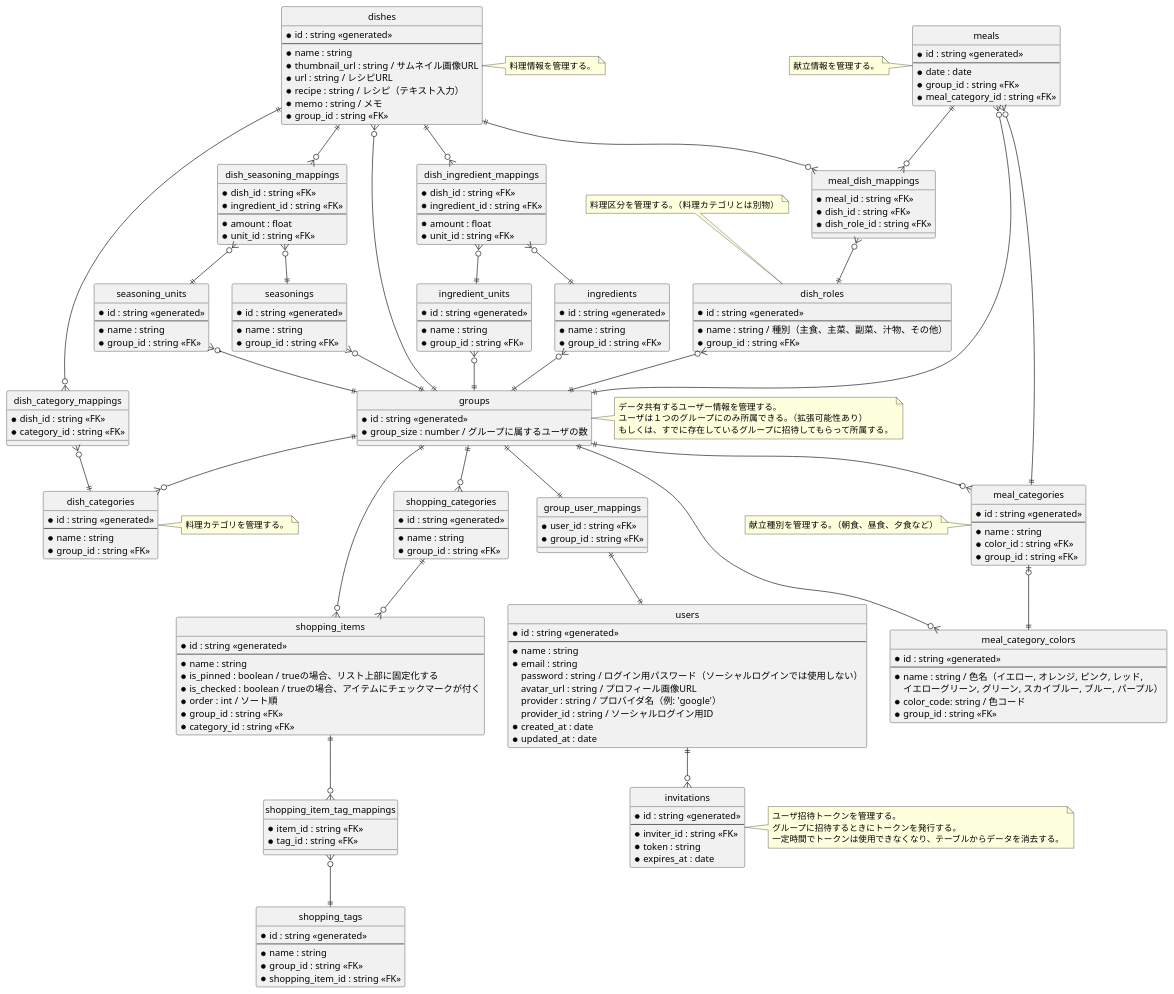
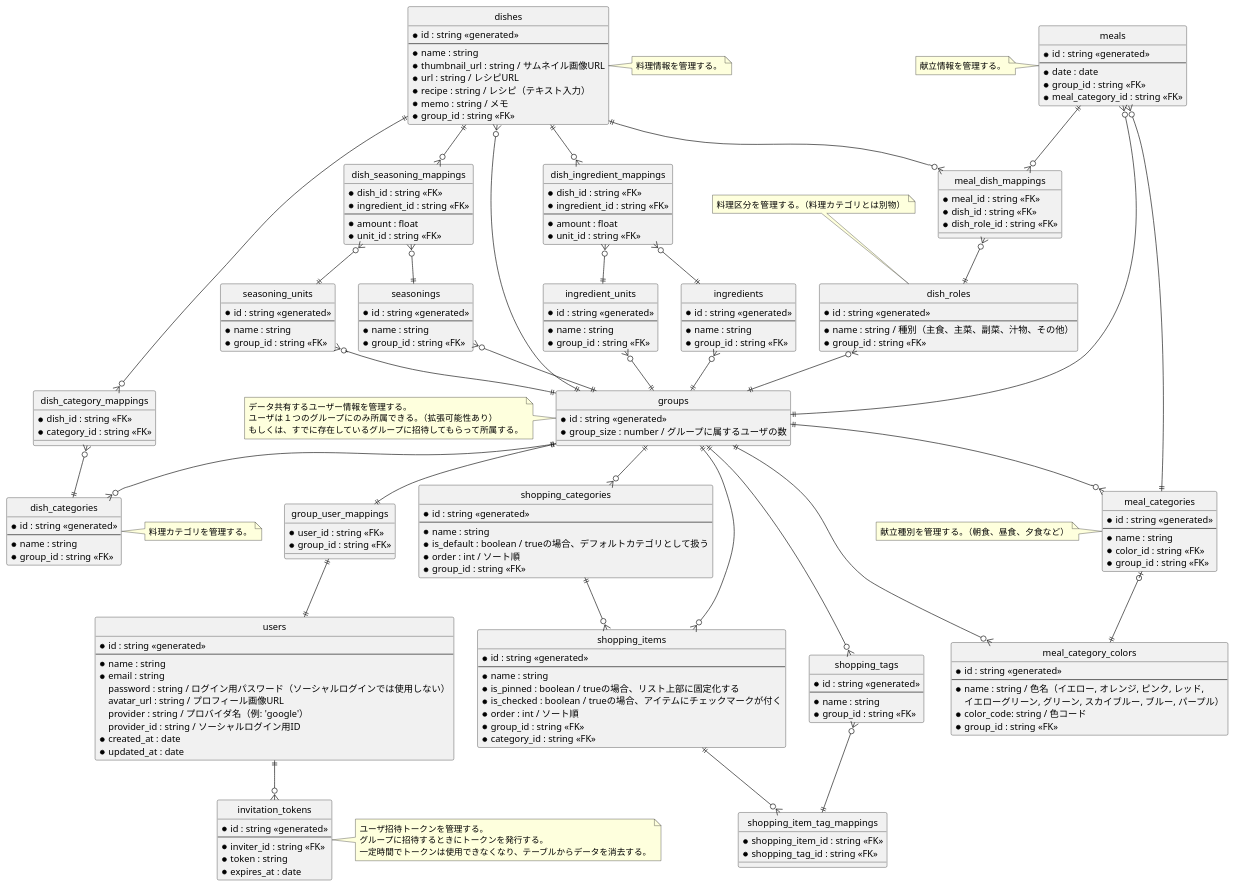
One commit to nanoha94/meap changed the diagram in server/docs/er.puml. Above: the diagram before and after it, drawn with PlantUML.

Commit message:
ER図見直し

```diff
--- a/server/docs/er.puml
+++ b/server/docs/er.puml
@@ -127,6 +127,8 @@
     * id : string <<generated>>
     --
     * name : string
+    * is_default : boolean / trueの場合、デフォルトカテゴリとして扱う
+    * order : int / ソート順
     * group_id : string <<FK>>
 }
 
@@ -135,12 +137,11 @@
     --
     * name : string
     * group_id : string <<FK>>
-    * shopping_item_id : string <<FK>>
 }
 
 entity shopping_item_tag_mappings {
-    * item_id : string <<FK>>
-    * tag_id : string <<FK>>
+    * shopping_item_id : string <<FK>>
+    * shopping_tag_id : string <<FK>>
 }
 
 entity group_user_mappings {
@@ -161,7 +162,7 @@
     * updated_at : date
 }
 
-entity invitations {
+entity invitation_tokens {
     * id : string <<generated>>
     --
     * inviter_id : string <<FK>>
@@ -171,13 +172,14 @@
 
 groups ||--|| group_user_mappings
 group_user_mappings ||--|| users
-users ||--o{ invitations
+users ||--o{ invitation_tokens
 
 groups ||--o{ shopping_items
 groups ||--o{ shopping_categories
+groups ||--o{ shopping_tags
 shopping_categories ||--o{ shopping_items
 shopping_items ||--o{ shopping_item_tag_mappings
-shopping_item_tag_mappings }o--|| shopping_tags
+shopping_tags }o--|| shopping_item_tag_mappings
 
 groups ||--o{ meal_categories
 groups ||--o{ meal_category_colors
@@ -187,28 +189,29 @@
 meals }o--|| meal_categories
 dish_roles }o--|| groups
 dishes }o--|| groups
+dishes ||--o{ meal_dish_mappings
 meals ||--o{ meal_dish_mappings
-dishes ||--o{ meal_dish_mappings
 meal_dish_mappings }o--|| dish_roles
 
 groups ||--o{ dish_categories
 dishes ||--o{ dish_category_mappings
 dish_category_mappings }o--|| dish_categories
 
+ingredient_units }o--|| groups
 ingredients }o--|| groups
-ingredient_units }o--|| groups
 dishes ||--o{ dish_ingredient_mappings
+dish_ingredient_mappings }o--|| ingredient_units
 dish_ingredient_mappings }o--|| ingredients
-dish_ingredient_mappings }o--|| ingredient_units
-
-seasonings }o--|| groups
-seasoning_units }o--|| groups
-dishes ||--o{ dish_seasoning_mappings
-dish_seasoning_mappings }o--|| seasonings
-dish_seasoning_mappings }o--|| seasoning_units
 
 
-note right of groups
+seasoning_units }o--|| groups
+seasonings }o--|| groups
+dishes ||--o{ dish_seasoning_mappings
+dish_seasoning_mappings }o--|| seasoning_units
+dish_seasoning_mappings }o--|| seasonings
+
+
+note left of groups
   データ共有するユーザー情報を管理する。
   ユーザは１つのグループにのみ所属できる。（拡張可能性あり）
   もしくは、すでに存在しているグループに招待してもらって所属する。
@@ -234,7 +237,7 @@
   料理カテゴリを管理する。
 end note
 
-note right of invitations
+note right of invitation_tokens
   ユーザ招待トークンを管理する。
   グループに招待するときにトークンを発行する。
   一定時間でトークンは使用できなくなり、テーブルからデータを消去する。
```
